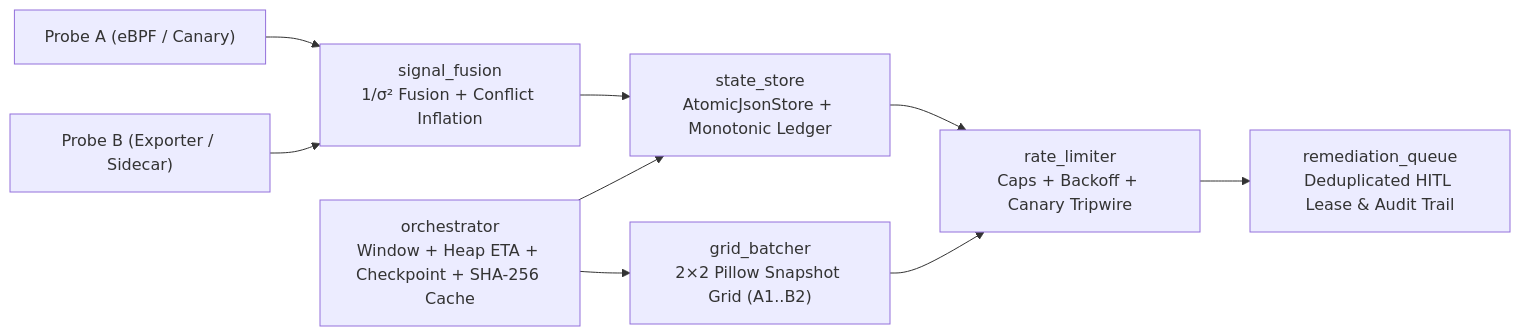
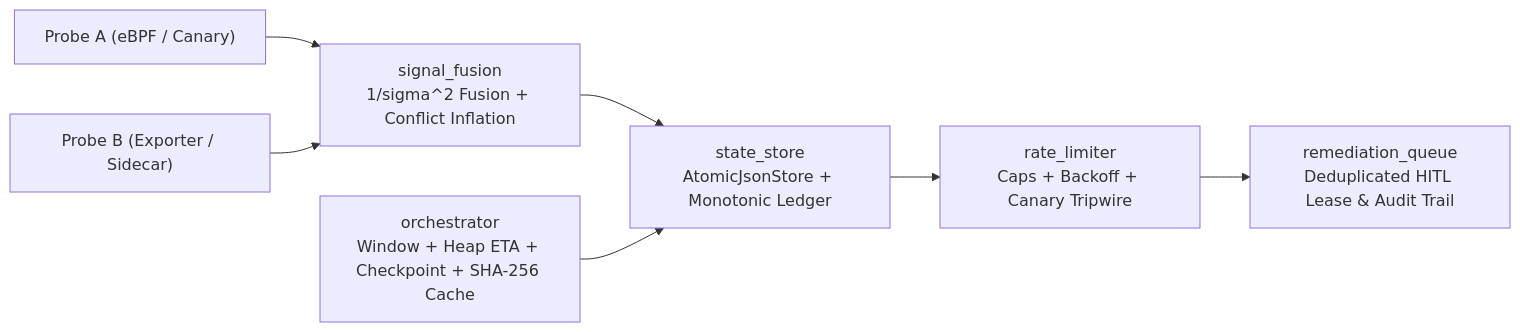
Before and after one commit to victormends/resilient-batch-reconciler: the diagram in README.md, drawn with Mermaid. The commit also changed other lines of this file and 5 other files, not shown here.

Commit message:
refactor: remove pillow grid batcher for cohesive scope and de-slop README

````diff
--- a/README.md
+++ b/README.md
@@ -11,11 +36,9 @@
 ```mermaid
 flowchart LR
-    P1["Probe A (eBPF / Canary)"] --> SF["signal_fusion<br/>1/σ² Fusion + Conflict Inflation"]
+    P1["Probe A (eBPF / Canary)"] --> SF["signal_fusion<br/>1/sigma^2 Fusion + Conflict Inflation"]
     P2["Probe B (Exporter / Sidecar)"] --> SF
     SF --> SS["state_store<br/>AtomicJsonStore + Monotonic Ledger"]
     OR["orchestrator<br/>Window + Heap ETA + Checkpoint + SHA-256 Cache"] --> SS
-    OR --> GB["grid_batcher<br/>2×2 Pillow Snapshot Grid (A1..B2)"]
     SS --> RL["rate_limiter<br/>Caps + Backoff + Canary Tripwire"]
-    GB --> RL
     RL --> HQ["remediation_queue<br/>Deduplicated HITL Lease & Audit Trail"]
 ```
````
